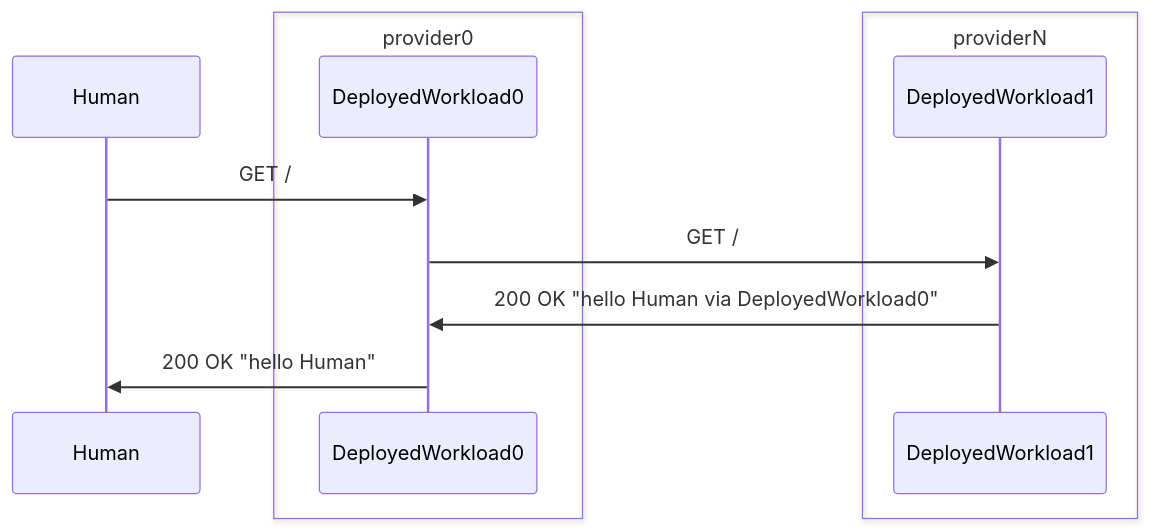
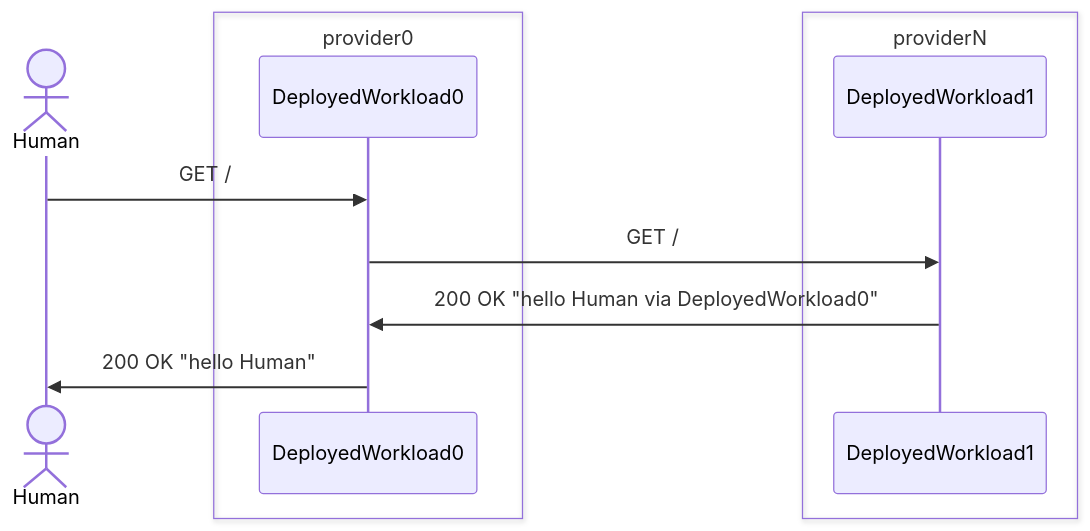
Before and after one commit to rsg98/zerotrust-cloud-identity: diagram 11 of 11 in README.md, drawn with Mermaid. The commit also changed other lines of this file, not shown here.

````diff
--- a/README.md
+++ b/README.md
@@ -181,13 +189,14 @@
 ```mermaid
 sequenceDiagram
+  actor Human
   Human ->> DeployedWorkload0: GET /
   box provider0
   participant DeployedWorkload0
   end
   box providerN
   participant DeployedWorkload1
   end
   DeployedWorkload0 ->> DeployedWorkload1: GET /
   DeployedWorkload1 ->> DeployedWorkload0: 200 OK "hello Human via DeployedWorkload0"
   DeployedWorkload0 ->> Human: 200 OK "hello Human"
 ```
````
